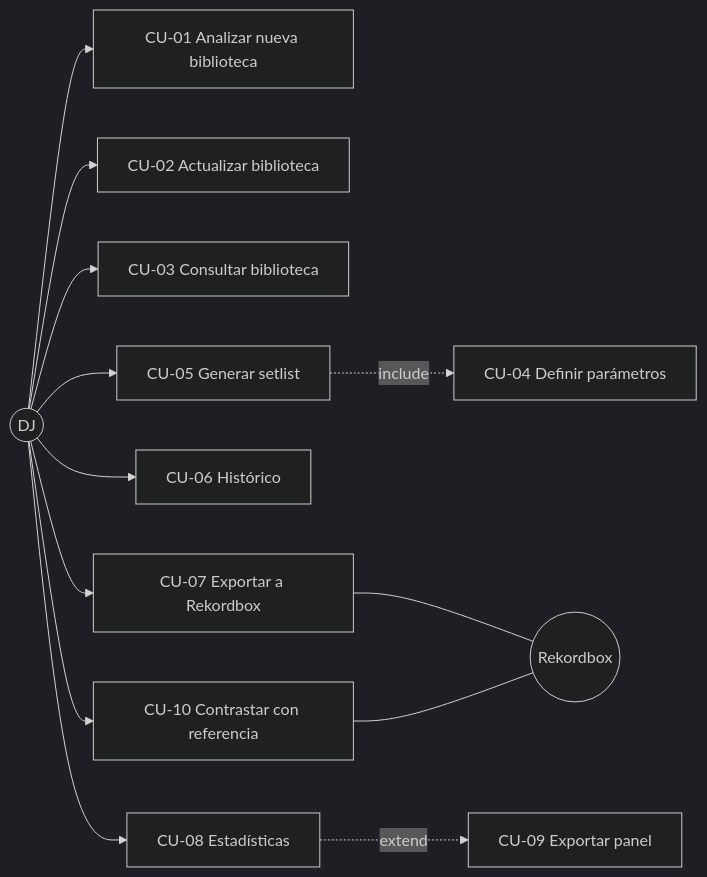
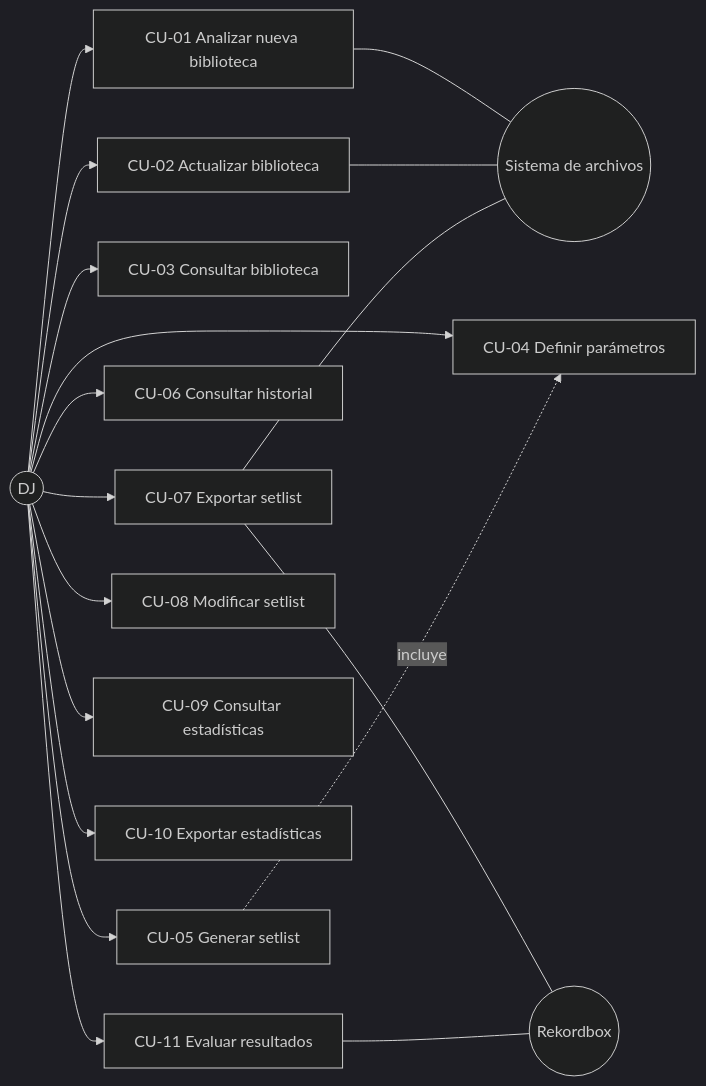
The diagram in docs/requirements/use-cases.md (pabloo806/Trabajo-de-Fin-de-Grado), drawn with Mermaid (dark theme) before and after one commit. The commit also changed other lines of this file, not shown here.

First line of the commit message:
Revise use cases and actors for SetlistGen

````diff
--- a/docs/requirements/use-cases.md
+++ b/docs/requirements/use-cases.md
@@ -36,15 +39,40 @@
 ```mermaid
 flowchart LR
-  DJ((DJ)) --> CU01[CU-01 Analizar nueva biblioteca]
-  DJ --> CU02[CU-02 Actualizar biblioteca]
-  DJ --> CU03[CU-03 Consultar biblioteca]
-  DJ --> CU05[CU-05 Generar setlist]
-  CU05 -. include .-> CU04[CU-04 Definir parámetros]
-  DJ --> CU06[CU-06 Histórico]
-  DJ --> CU07[CU-07 Exportar a Rekordbox]
-  DJ --> CU08[CU-08 Estadísticas]
-  CU08 -. extend .-> CU09[CU-09 Exportar panel]
-  DJ --> CU10[CU-10 Contrastar con referencia]
-  CU07 --- RB((Rekordbox))
-  CU10 --- RB
+
+    DJ((DJ))
+    RB((Rekordbox))
+    FS((Sistema de archivos))
+
+    CU01[CU-01 Analizar nueva biblioteca]
+    CU02[CU-02 Actualizar biblioteca]
+    CU03[CU-03 Consultar biblioteca]
+    CU04[CU-04 Definir parámetros]
+    CU05[CU-05 Generar setlist]
+    CU06[CU-06 Consultar historial]
+    CU07[CU-07 Exportar setlist]
+    CU08[CU-08 Modificar setlist]
+    CU09[CU-09 Consultar estadísticas]
+    CU10[CU-10 Exportar estadísticas]
+    CU11[CU-11 Evaluar resultados]
+
+    DJ --> CU01
+    DJ --> CU02
+    DJ --> CU03
+    DJ --> CU04
+    DJ --> CU05
+    DJ --> CU06
+    DJ --> CU07
+    DJ --> CU08
+    DJ --> CU09
+    DJ --> CU10
+    DJ --> CU11
+
+    CU05 -. incluye .-> CU04
+
+    CU01 --- FS
+    CU02 --- FS
+    CU07 --- FS
+
+    CU07 --- RB
+    CU11 --- RB
 ```
````
